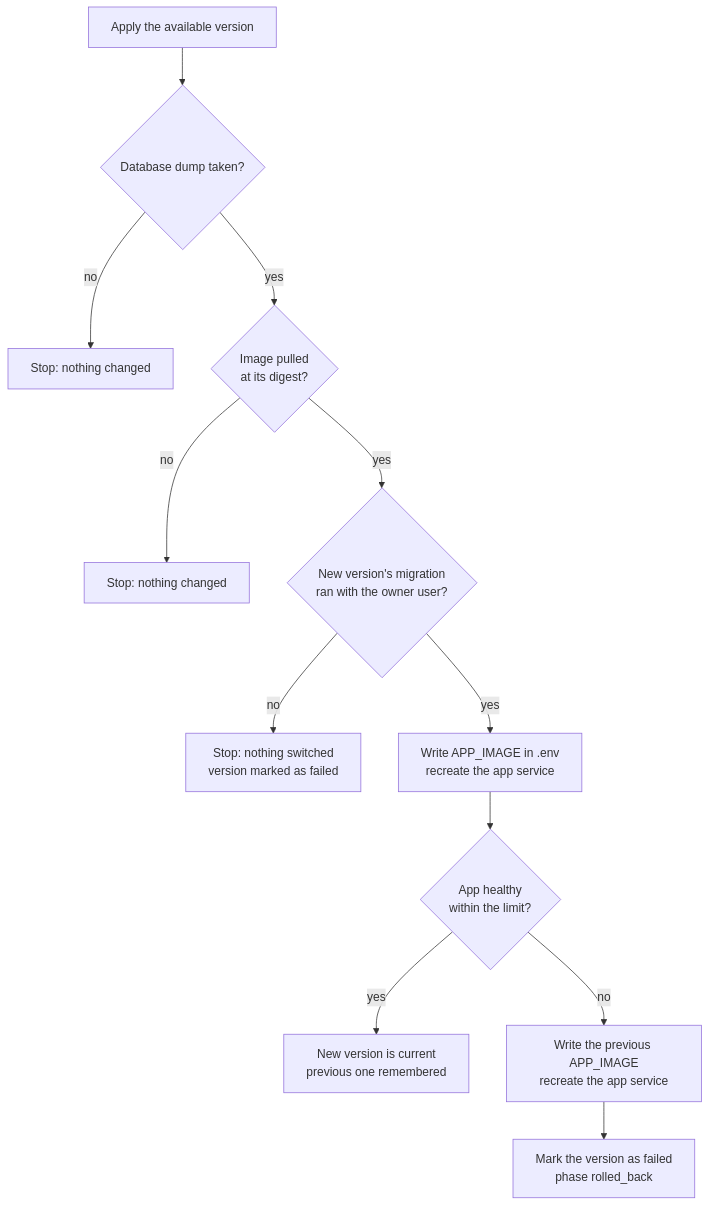
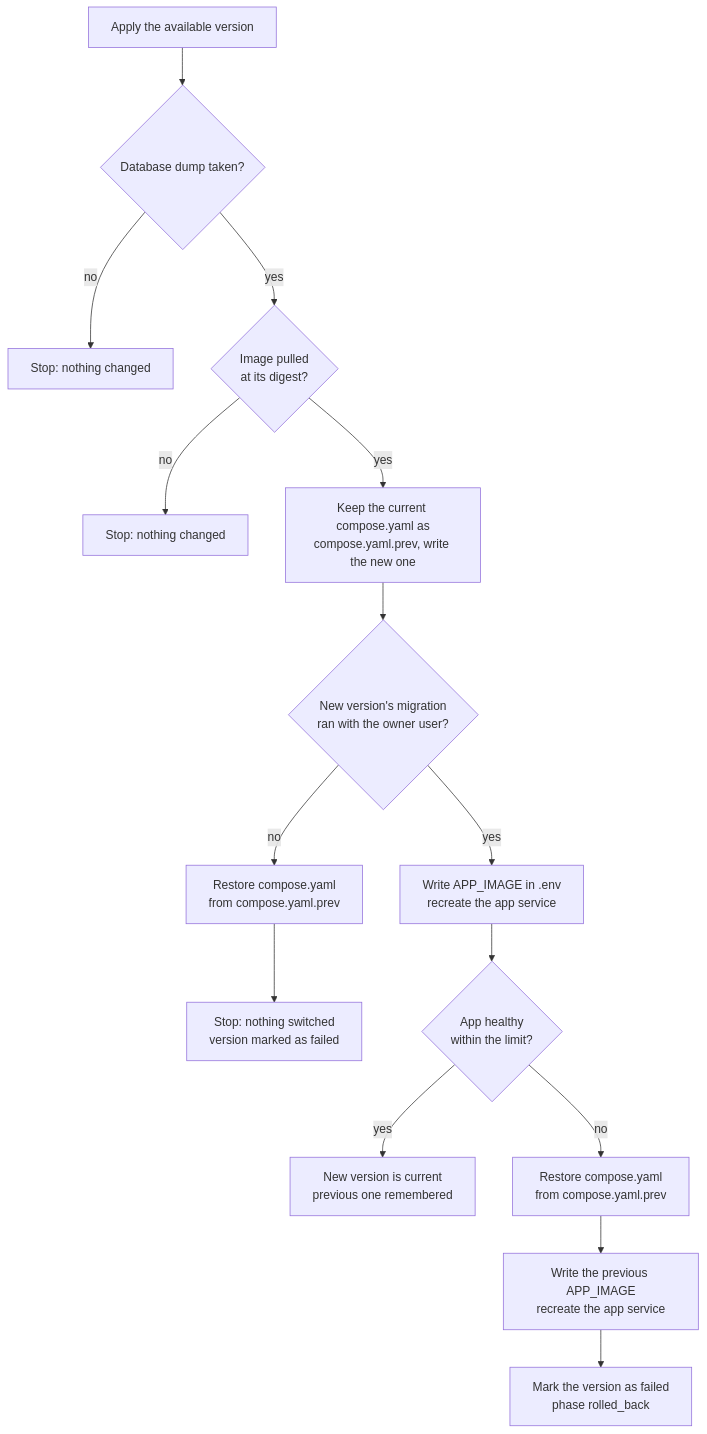
The diagram in docs/diagrams/APPLY_FLOW.md (webtyp/selfupdate), drawn with Mermaid before and after one commit. The commit also changed 12 other files, not shown here.

First line of the commit message:
feat: verify and install compose file with version

````diff
--- a/docs/diagrams/APPLY_FLOW.md
+++ b/docs/diagrams/APPLY_FLOW.md
@@ -5,14 +5,17 @@
 ```mermaid
 flowchart TD
     A[Apply the available version] --> B{Database dump taken?}
     B -->|no| X1[Stop: nothing changed]
     B -->|yes| C{Image pulled<br/>at its digest?}
     C -->|no| X2[Stop: nothing changed]
-    C -->|yes| M{New version's migration<br/>ran with the owner user?}
-    M -->|no| X3[Stop: nothing switched<br/>version marked as failed]
+    C -->|yes| L[Keep the current compose.yaml as<br/>compose.yaml.prev, write the new one]
+    L --> M{New version's migration<br/>ran with the owner user?}
+    M -->|no| N[Restore compose.yaml<br/>from compose.yaml.prev]
+    N --> X3[Stop: nothing switched<br/>version marked as failed]
     M -->|yes| D[Write APP_IMAGE in .env<br/>recreate the app service]
     D --> E{App healthy<br/>within the limit?}
     E -->|yes| F[New version is current<br/>previous one remembered]
-    E -->|no| G[Write the previous APP_IMAGE<br/>recreate the app service]
+    E -->|no| O[Restore compose.yaml<br/>from compose.yaml.prev]
+    O --> G[Write the previous APP_IMAGE<br/>recreate the app service]
     G --> H[Mark the version as failed<br/>phase rolled_back]
 ```
````
